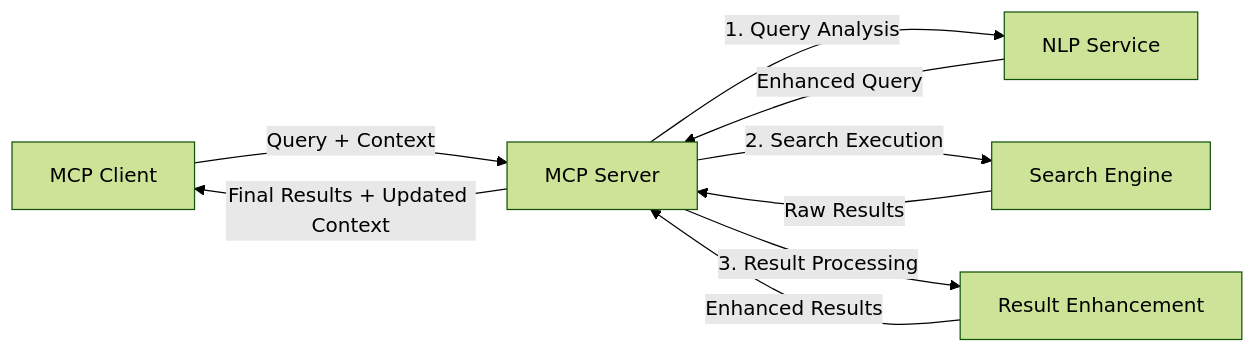
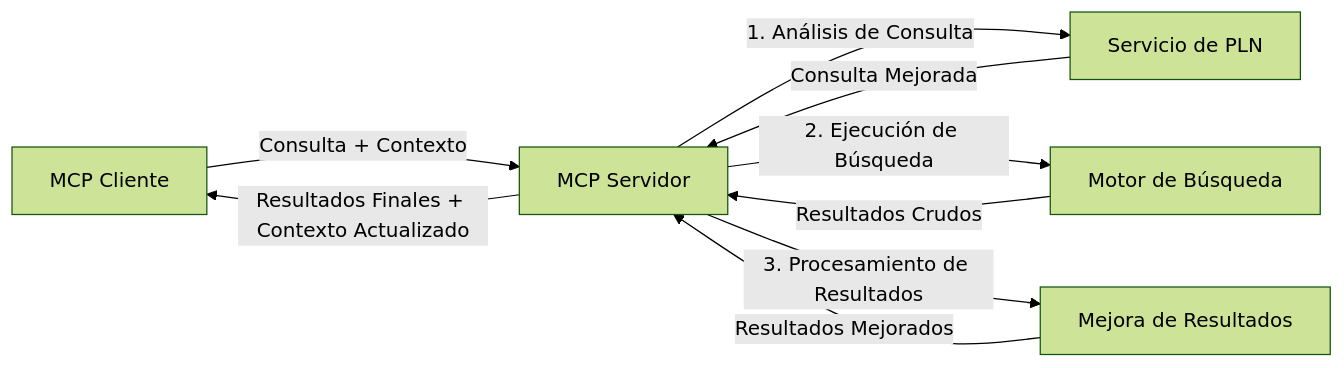
One commit to HIDORAKAI002/ai-workspace-archive changed the fourth of 4 diagrams in mcp_ecosystem__model_context_protocol/mcp_learning_resources/mcp-for-beginners/translations/es/05-AdvancedTopics/mcp-realtimesearch/README.md. Above: the diagram before and after it, drawn with Mermaid (forest theme). The commit also changed other lines of this file and 1539 other files, not shown here.

````diff
--- a/mcp_ecosystem__model_context_protocol/mcp_learning_resources/mcp-for-beginners/translations/es/05-AdvancedTopics/mcp-realtimesearch/README.md
+++ b/mcp_ecosystem__model_context_protocol/mcp_learning_resources/mcp-for-beginners/translations/es/05-AdvancedTopics/mcp-realtimesearch/README.md
@@ -65,11 +621,11 @@
 ```mermaid
 graph LR
-    Client[MCP Client] --> |Query + Context| Server[MCP Server]
-    Server --> |1. Query Analysis| NLP[NLP Service]
-    NLP --> |Enhanced Query| Server
-    Server --> |2. Search Execution| Search[Search Engine]
-    Search --> |Raw Results| Server
-    Server --> |3. Result Processing| Enhancement[Result Enhancement]
-    Enhancement --> |Enhanced Results| Server
-    Server --> |Final Results + Updated Context| Client
+    Client[MCP Cliente] --> |Consulta + Contexto| Server[MCP Servidor]
+    Server --> |1. Análisis de Consulta| NLP[Servicio de PLN]
+    NLP --> |Consulta Mejorada| Server
+    Server --> |2. Ejecución de Búsqueda| Search[Motor de Búsqueda]
+    Search --> |Resultados Crudos| Server
+    Server --> |3. Procesamiento de Resultados| Enhancement[Mejora de Resultados]
+    Enhancement --> |Resultados Mejorados| Server
+    Server --> |Resultados Finales + Contexto Actualizado| Client
 ```
````
